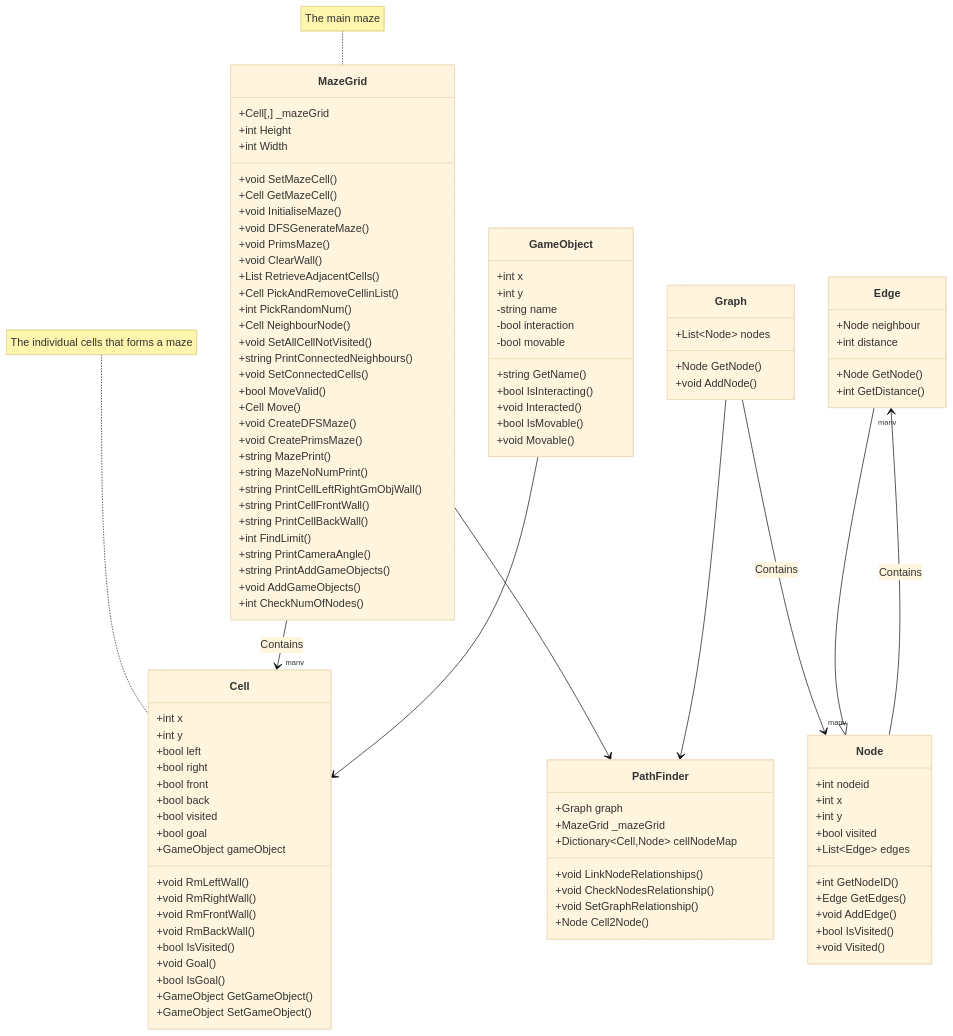
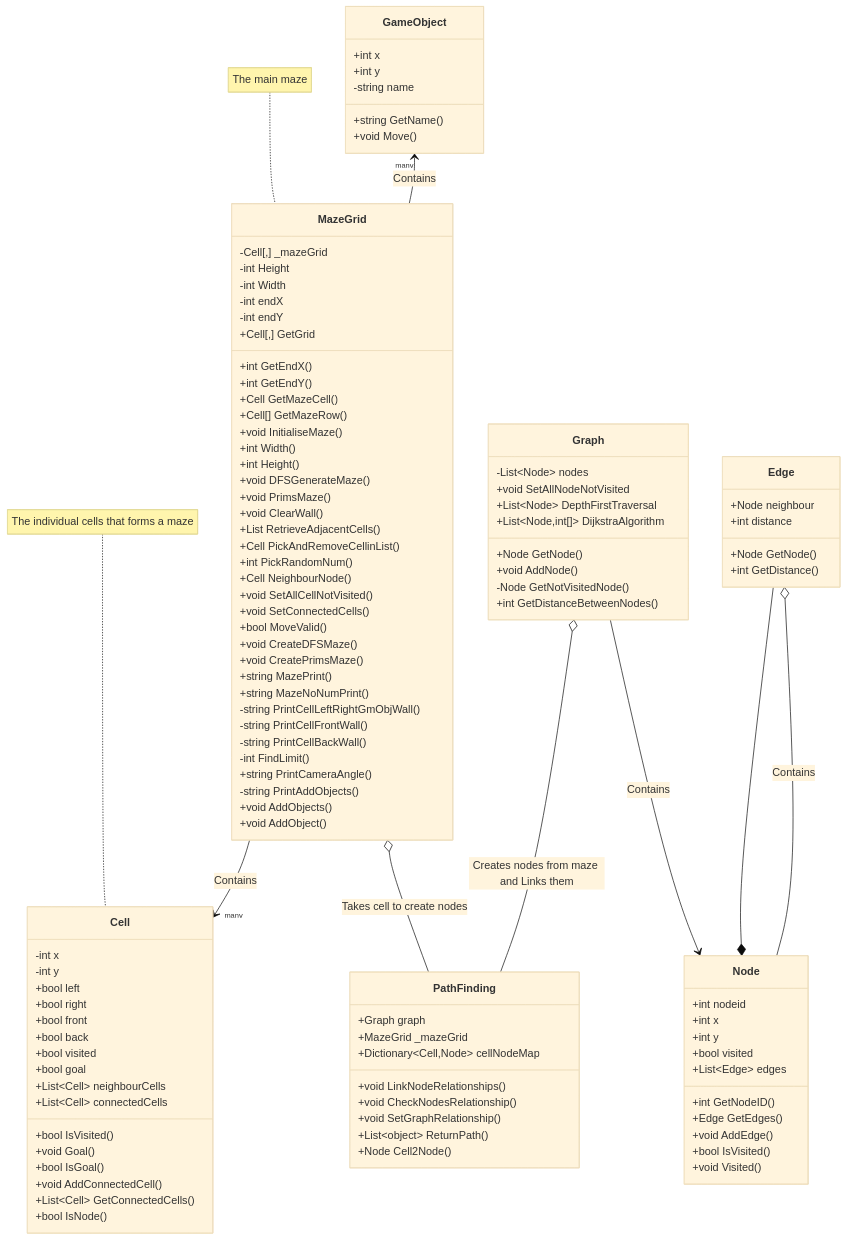
One commit to Jackpang-kings/FinalisedMaze changed the diagram in MazeGameDocumentation.md. Above: the diagram before and after it, drawn with Mermaid (base theme). The commit also changed 26 other files, not shown here.

````diff
--- a/MazeGameDocumentation.md
+++ b/MazeGameDocumentation.md
@@ -11,13 +11,20 @@
 ```mermaid
-	classDiagram
+		classDiagram
 	note for MazeGrid "The main maze"
 		class MazeGrid{
-			+Cell[,] _mazeGrid
-			+int Height
-			+int Width
-			+void SetMazeCell()
+			-Cell[,] _mazeGrid
+			-int Height
+			-int Width
+            -int endX
+            -int endY
+            +Cell[,] GetGrid
+            +int GetEndX()
+            +int GetEndY()
 			+Cell GetMazeCell()
+            +Cell[] GetMazeRow()
 			+void InitialiseMaze()
+            +int Width()
+            +int Height()
 			+void DFSGenerateMaze()
 			+void PrimsMaze()
 			+void ClearWall()
@@ -26,38 +33,33 @@
 			+int PickRandomNum()
 			+Cell NeighbourNode()
 			+void SetAllCellNotVisited()
-			+string PrintConnectedNeighbours()
 			+void SetConnectedCells()
 			+bool MoveValid()
-			+Cell Move()
 			+void CreateDFSMaze()
 			+void CreatePrimsMaze()
 			+string MazePrint()
 			+string MazeNoNumPrint()
-			+string PrintCellLeftRightGmObjWall()
-			+string PrintCellFrontWall()
-			+string PrintCellBackWall()
-			+int FindLimit()
+			-string PrintCellLeftRightGmObjWall()
+			-string PrintCellFrontWall()
+			-string PrintCellBackWall()
+			-int FindLimit()
 			+string PrintCameraAngle()
-			+string PrintAddGameObjects()
-			+void AddGameObjects()
-			+int CheckNumOfNodes()
+			-string PrintAddObjects()
+			+void AddObjects()
+            +void AddObject()
 		}
         note for Cell "The individual cells that forms a maze"
 		class Cell{
-			+int x
-			+int y
+			-int x
+			-int y
 			+bool left
 			+bool right
 			+bool front
 			+bool back
 			+bool visited
 			+bool goal
-			+GameObject gameObject
-			+void RmLeftWall()
-			+void RmRightWall()
-			+void RmFrontWall()
-			+void RmBackWall()
+            +List~Cell~ neighbourCells
+            +List~Cell~ connectedCells
 			+bool IsVisited()
 			%%returns bool visited
 			%%visited = v
@@ -65,10 +67,10 @@
 			%%goalcell = true
 			+bool IsGoal()
 			%%returns bool goal
-			+GameObject GetGameObject()
-			%%returns gameObject
-			+GameObject SetGameObject()
-			%%set gameObject
+            +void AddConnectedCell()
+            +List~Cell~ GetConnectedCells()
+            +bool IsNode()
+
 		}
         class Edge{
 		    +Node neighbour
@@ -80,18 +82,18 @@
             +int x
             +int y
             -string name
-            -bool interaction
-            -bool movable
             +string GetName()
-            +bool IsInteracting()
-            +void Interacted()
-            +bool IsMovable()
-            +void Movable()
+            +void Move()
 	    }
         class Graph{
-			+List~Node~ nodes
+			-List~Node~ nodes
 			+Node GetNode()
 			+void AddNode()
+            +void SetAllNodeNotVisited
+            +List~Node~ DepthFirstTraversal
+            +List~Node,int[]~ DijkstraAlgorithm
+            -Node GetNotVisitedNode()
+            +int GetDistanceBetweenNodes()
 		}
         class Node{
 			+int nodeid
@@ -105,20 +107,21 @@
 			+bool IsVisited()
 			+void Visited()
 		}
-        class PathFinder{
+        class PathFinding{
 			+Graph graph
 			+MazeGrid _mazeGrid
 			+Dictionary~Cell,Node~ cellNodeMap
 			+void LinkNodeRelationships()
 			+void CheckNodesRelationship()
 			+void SetGraphRelationship()
+            +List~object~ ReturnPath()
 			+Node Cell2Node()
 		}
         MazeGrid --> "many" Cell : Contains
-        MazeGrid-->PathFinder
-        Graph-->PathFinder
-        Graph --> "many" Node : Contains
-        Node--> "many" Edge : Contains
-        Edge--|>Node
-        GameObject-->Cell
+        MazeGrid o-- PathFinding : Takes cell to create nodes
+        Graph o--  PathFinding : Creates nodes from maze and Links them
+        Graph --> Node : Contains
+        Node --o Edge : Contains
+        Edge--*Node
+        GameObject "many"<--MazeGrid : Contains
 ```
````
